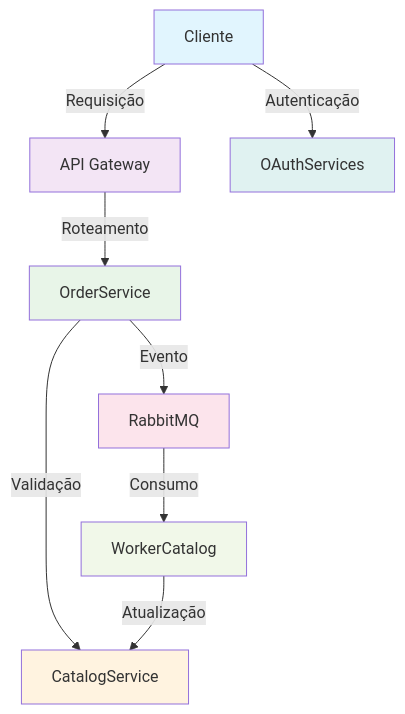
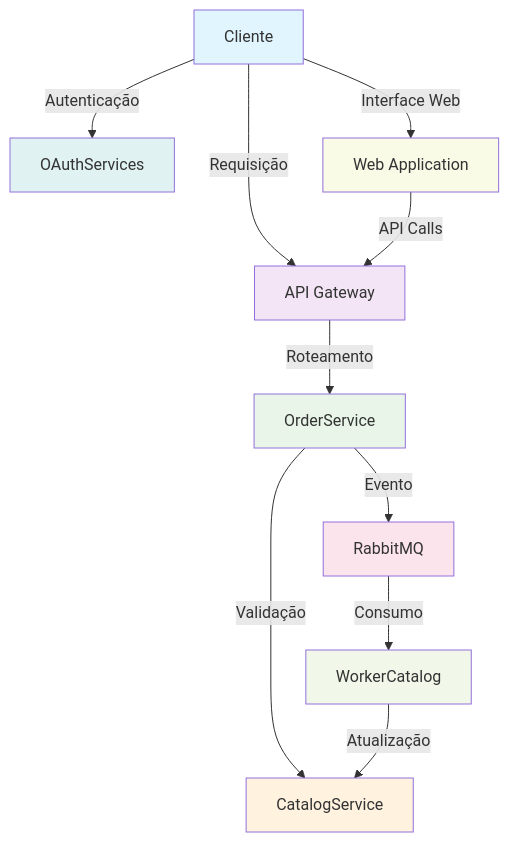
The first of 2 diagrams in README.md (wallysonnabarro/CatalogService), drawn with Mermaid before and after one commit. The commit also changed other lines of this file and 5 other files, not shown here.

````diff
--- a/README.md
+++ b/README.md
@@ -234,18 +212,21 @@
 ```mermaid
 graph TD
     A[Cliente] -->|Requisição| B[API Gateway]
     B -->|Roteamento| C[OrderService]
     C -->|Validação| D[CatalogService]
     C -->|Evento| E[RabbitMQ]
     E -->|Consumo| F[WorkerCatalog]
     F -->|Atualização| D
     A -->|Autenticação| G[OAuthServices]
+    A -->|Interface Web| H[Web Application]
+    H -->|API Calls| B
     
     style A fill:#e1f5fe
     style B fill:#f3e5f5
     style C fill:#e8f5e8
     style D fill:#fff3e0
     style E fill:#fce4ec
     style F fill:#f1f8e9
     style G fill:#e0f2f1
+    style H fill:#f9fbe7
 ```
````
